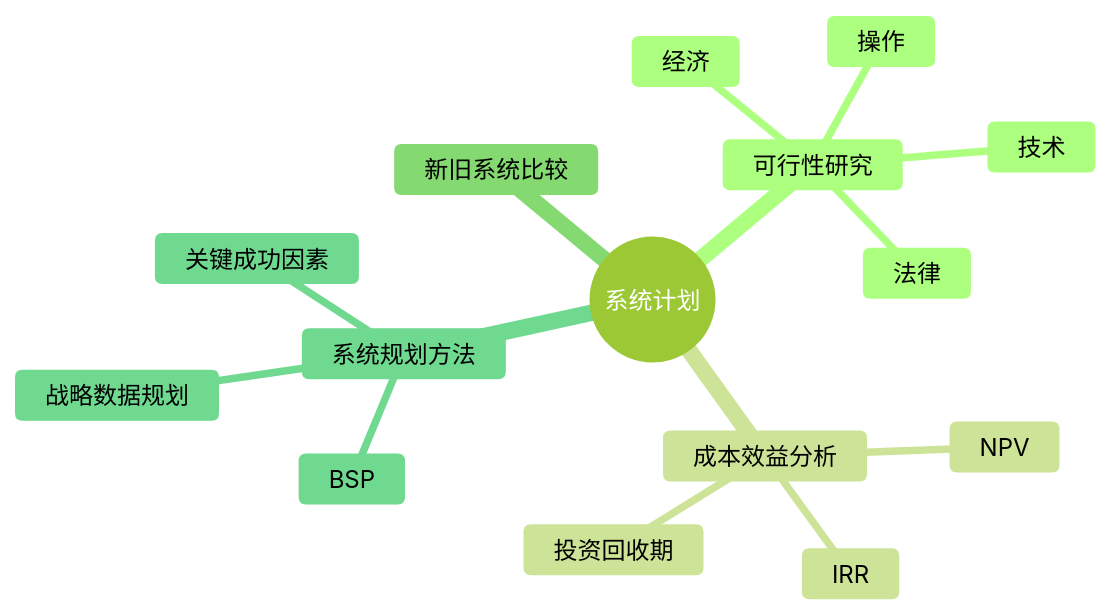
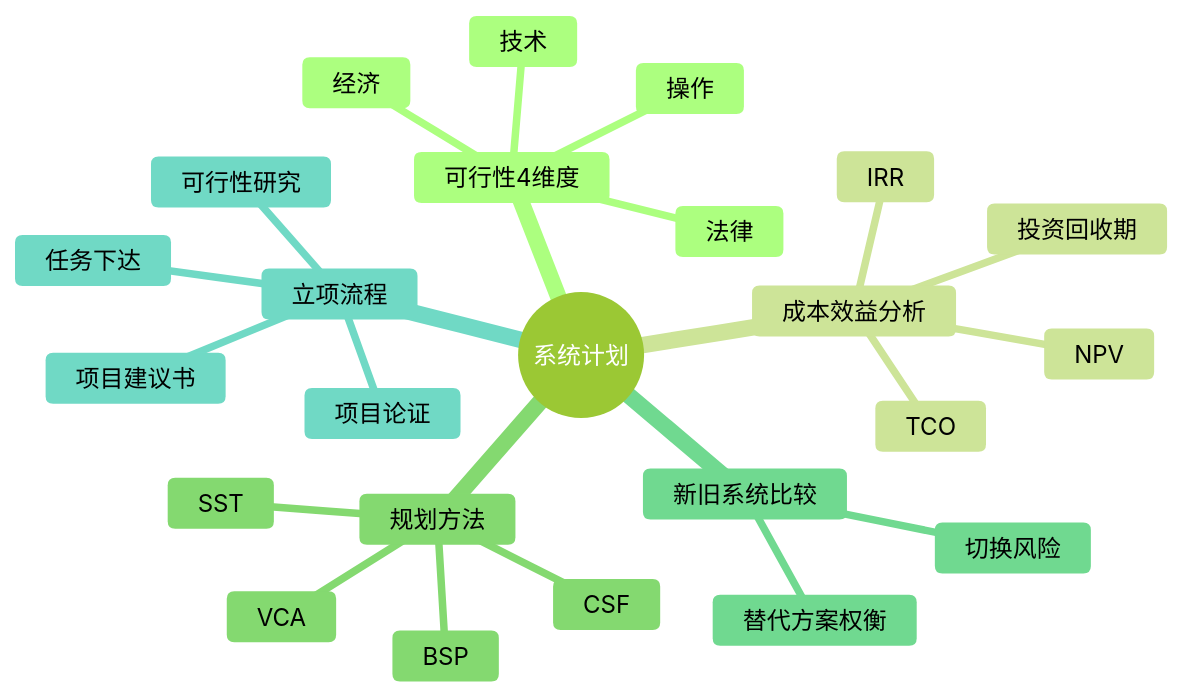
Before and after one commit to wanlinruo/system-architect-exam-prep: the diagram in 02-案例分析/01-系统计划.md, drawn with Mermaid (forest theme). The commit also changed other lines of this file, not shown here.

````diff
--- a/02-案例分析/01-系统计划.md
+++ b/02-案例分析/01-系统计划.md
@@ -34,18 +47,27 @@
 ```mermaid
 mindmap
   root((系统计划))
-    可行性研究
+    可行性4维度
       经济
       技术
       操作
       法律
     成本效益分析
       NPV
       IRR
       投资回收期
+      TCO
+    规划方法
+      BSP
+      CSF
+      SST
+      VCA
     新旧系统比较
-    系统规划方法
-      BSP
-      关键成功因素
-      战略数据规划
+      替代方案权衡
+      切换风险
+    立项流程
+      项目建议书
+      可行性研究
+      项目论证
+      任务下达
 ```
````
